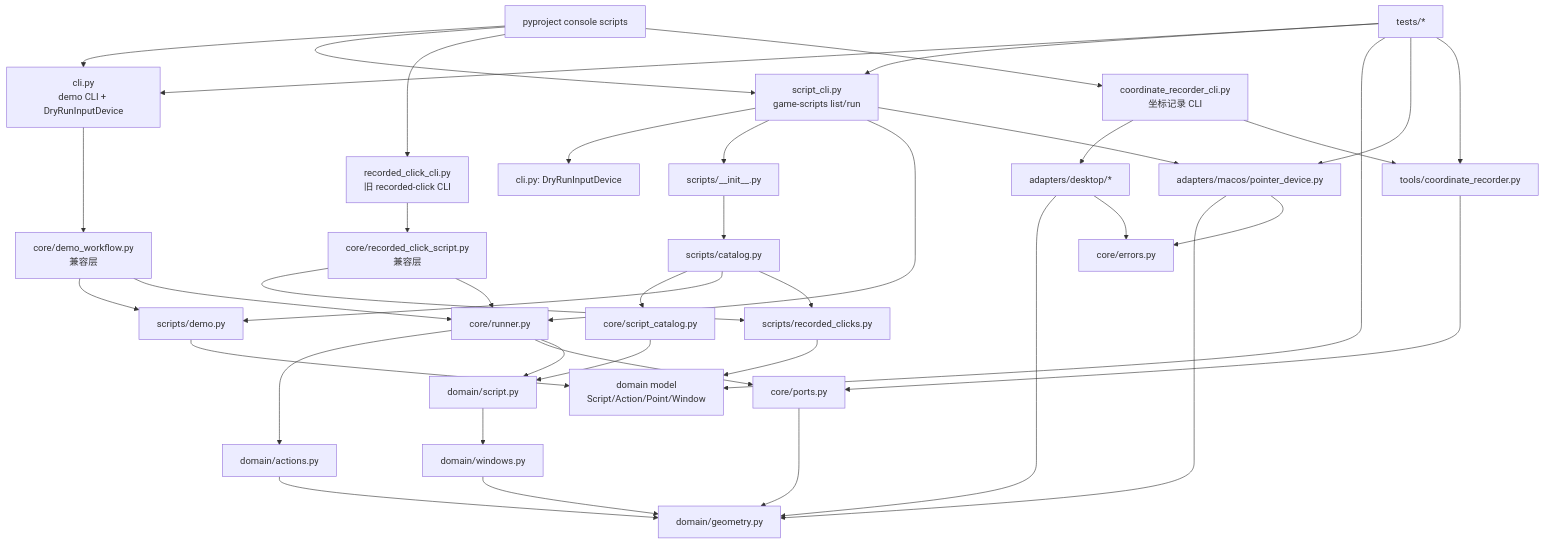
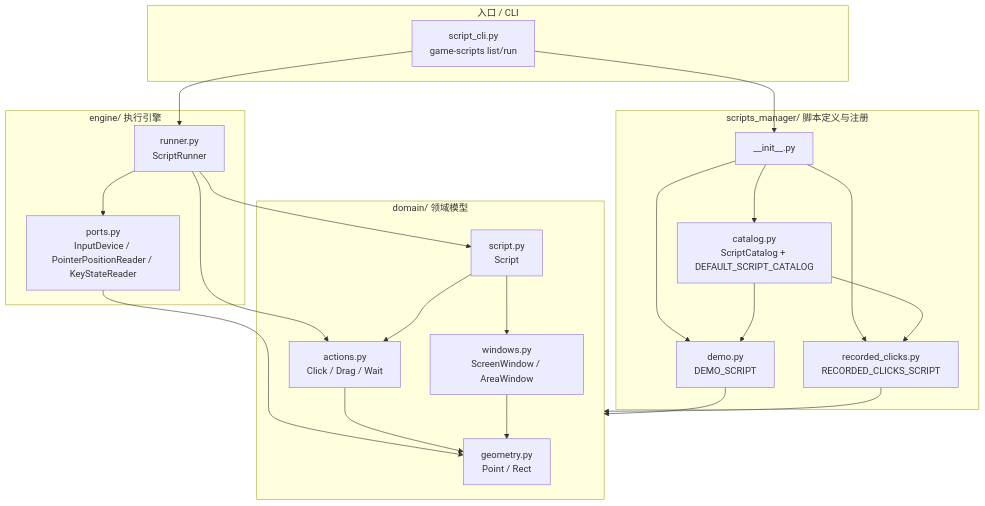
One commit to KokoiRin/game-script-kit changed the diagram in docs/project-structure-analysis.md. Above: the diagram before and after it, drawn with Mermaid. The commit also changed other lines of this file and 44 other files, not shown here.

First line of the commit message:
refactor: 完成架构重构 — domain/engine 分层、统一 CLI、wait 收入 InputDevice

````diff
--- a/docs/project-structure-analysis.md
+++ b/docs/project-structure-analysis.md
@@ -132,54 +108,52 @@
 ```mermaid
 flowchart TD
-    pyproject["pyproject console scripts"]
+    subgraph entrypoints["入口 / CLI"]
+        script_cli["script_cli.py<br/>game-scripts list/run"]
+    end
 
-    pyproject --> cli["cli.py<br/>demo CLI + DryRunInputDevice"]
-    pyproject --> script_cli["script_cli.py<br/>game-scripts list/run"]
-    pyproject --> recorded_cli["recorded_click_cli.py<br/>旧 recorded-click CLI"]
-    pyproject --> coord_cli["coordinate_recorder_cli.py<br/>坐标记录 CLI"]
+    subgraph scripts_mgr["scripts_manager/ 脚本定义与注册"]
+        scripts_init["__init__.py"]
+        catalog["catalog.py<br/>ScriptCatalog + DEFAULT_SCRIPT_CATALOG"]
+        demo_script["demo.py<br/>DEMO_SCRIPT"]
+        recorded_script["recorded_clicks.py<br/>RECORDED_CLICKS_SCRIPT"]
+    end
 
-    script_cli --> dryrun["cli.py: DryRunInputDevice"]
-    script_cli --> scripts_init["scripts/__init__.py"]
-    script_cli --> runner["core/runner.py"]
-    script_cli --> macos["adapters/macos/pointer_device.py"]
+    subgraph engine_pkg["engine/ 执行引擎"]
+        runner["runner.py<br/>ScriptRunner"]
+        ports["ports.py<br/>InputDevice / PointerPositionReader / KeyStateReader"]
+    end
 
-    scripts_init --> scripts_catalog["scripts/catalog.py"]
-    scripts_catalog --> script_catalog["core/script_catalog.py"]
-    scripts_catalog --> script_demo["scripts/demo.py"]
-    scripts_catalog --> script_recorded["scripts/recorded_clicks.py"]
+    subgraph domain_pkg["domain/ 领域模型"]
+        geometry["geometry.py<br/>Point / Rect"]
+        actions["actions.py<br/>Click / Drag / Wait"]
+        windows["windows.py<br/>ScreenWindow / AreaWindow"]
+        script_model["script.py<br/>Script"]
+    end
 
-    script_demo --> domain_model["domain model<br/>Script/Action/Point/Window"]
-    script_recorded --> domain_model
-    script_catalog --> domain_script["domain/script.py"]
+    %% === CLI → 下层 ===
+    script_cli --> scripts_init
+    script_cli --> runner
 
-    cli --> demo_workflow["core/demo_workflow.py<br/>兼容层"]
-    demo_workflow --> script_demo
-    demo_workflow --> runner
+    %% === scripts_manager 内部 ===
+    scripts_init --> catalog
+    scripts_init --> demo_script
+    scripts_init --> recorded_script
+    catalog --> demo_script
+    catalog --> recorded_script
 
-    recorded_cli --> recorded_workflow["core/recorded_click_script.py<br/>兼容层"]
-    recorded_workflow --> script_recorded
-    recorded_workflow --> runner
+    demo_script --> domain_pkg
+    recorded_script --> domain_pkg
 
-    runner --> actions["domain/actions.py"]
-    runner --> ports["core/ports.py"]
-    runner --> domain_script
-    domain_script --> windows["domain/windows.py"]
-    windows --> geometry["domain/geometry.py"]
-    actions --> geometry
+    %% === engine 内部 ===
+    runner --> ports
+    runner --> actions
+    runner --> script_model
+
     ports --> geometry
 
-    macos --> geometry
-    macos --> errors["core/errors.py"]
-
-    coord_cli --> desktop_adapters["adapters/desktop/*"]
-    coord_cli --> recorder["tools/coordinate_recorder.py"]
-    recorder --> ports
-    desktop_adapters --> geometry
-    desktop_adapters --> errors
-
-    tests["tests/*"] --> cli
-    tests --> script_cli
-    tests --> domain_model
-    tests --> macos
-    tests --> recorder
+    %% === domain 内部 ===
+    script_model --> actions
+    script_model --> windows
+    actions --> geometry
+    windows --> geometry
 ```
````
